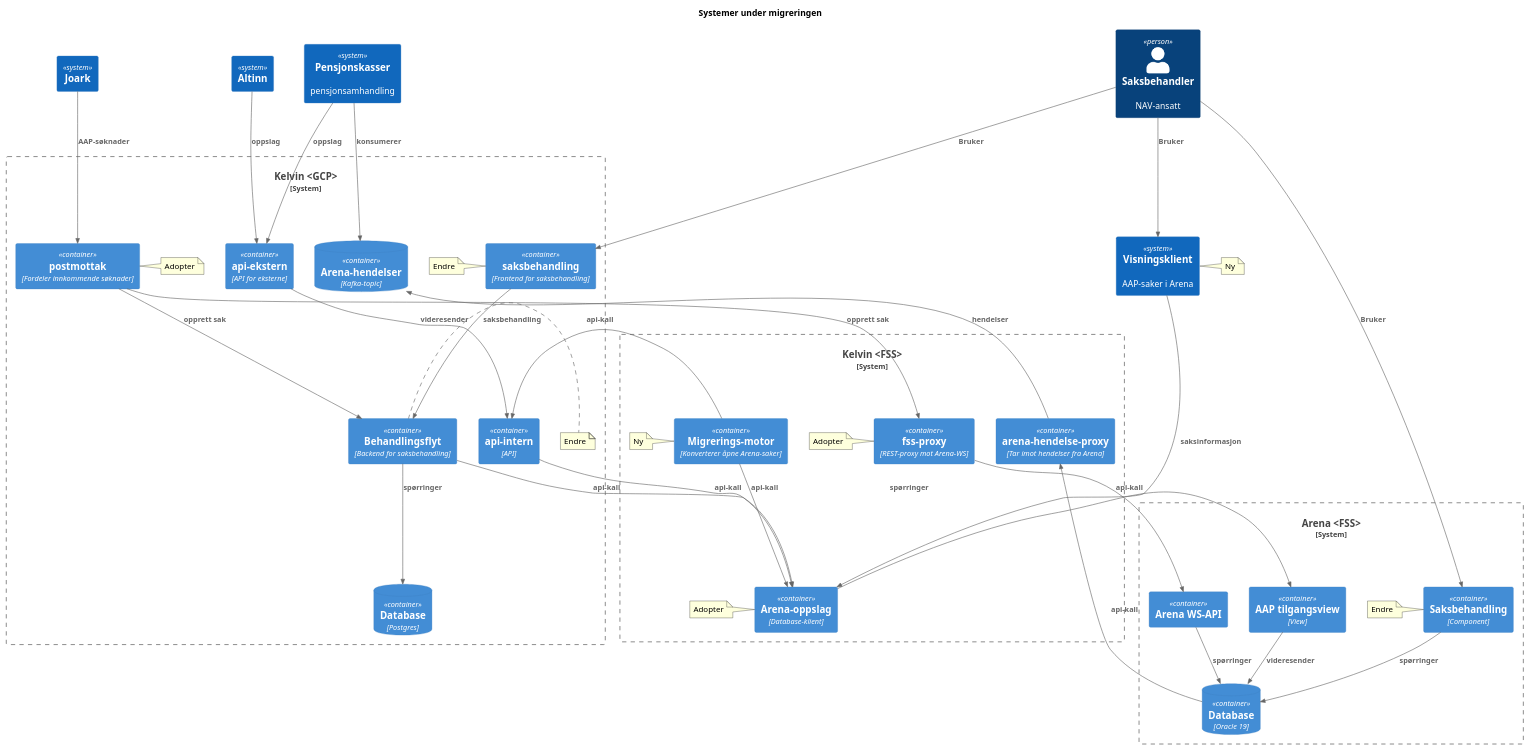
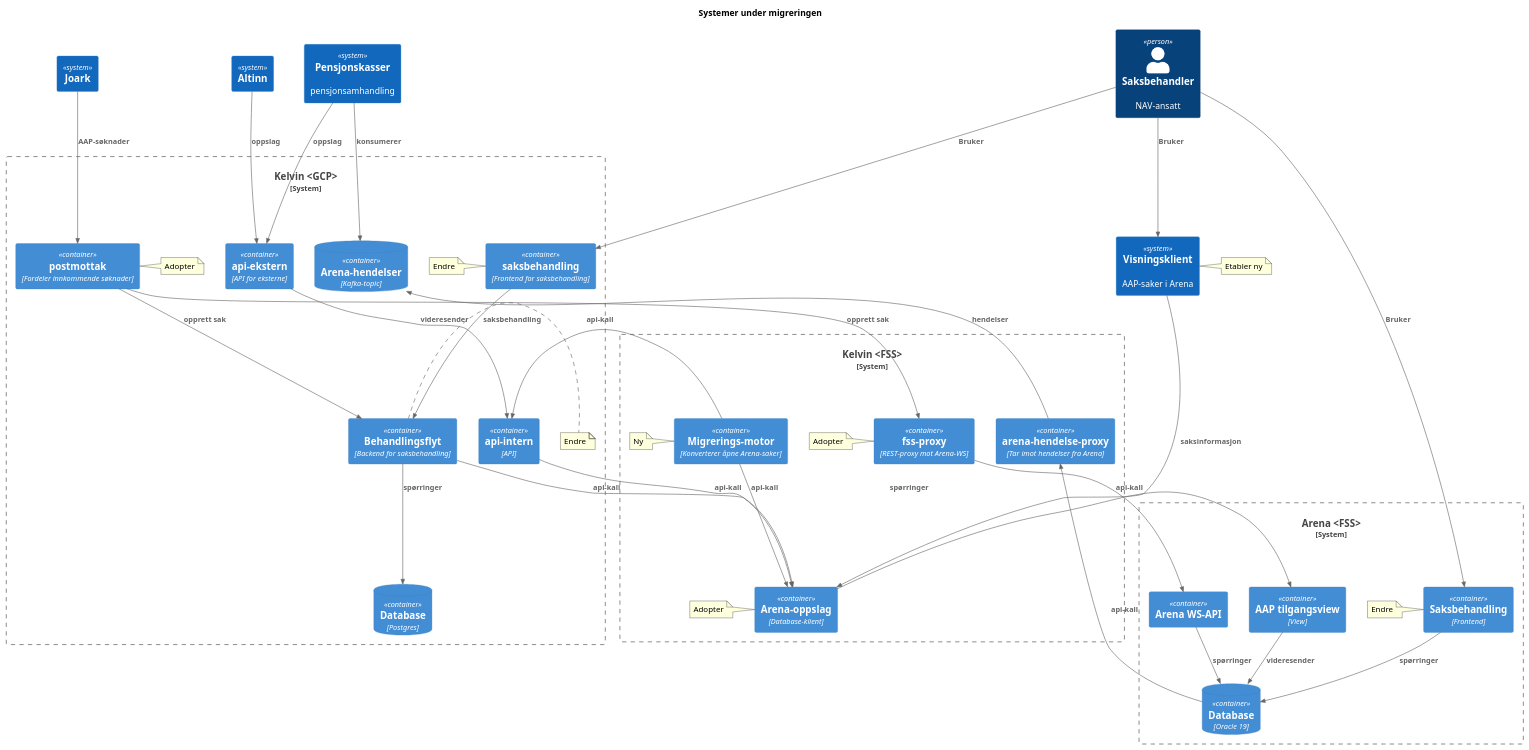
The diagram in docs/component_overview_during.plantuml (navikt/aap-arenaoppslag), drawn with PlantUML before and after one commit. The commit also changed 1 other file, not shown here.

Commit message:
doc: bedre tekst i diagram
[ci skip]

```diff
--- a/docs/component_overview_during.plantuml
+++ b/docs/component_overview_during.plantuml
@@ -1,81 +1,81 @@
 @startuml
 !include https://raw.githubusercontent.com/plantuml-stdlib/C4-PlantUML/master/C4_Container.puml
 title Systemer under migreringen
 
 System_Boundary(arena, "Arena <FSS>") {
     ContainerDb(arena_db, "Database", "Oracle 19")
     Container(aap_tilgangsview, "AAP tilgangsview", "View")
-    Container(saksbehandling_arena, "Saksbehandling", "Component")
+    Container(saksbehandling_arena, "Saksbehandling", "Frontend")
             note left of saksbehandling_arena : Endre
     Container(arena_ws_api, "Arena WS-API")
 
     Rel(aap_tilgangsview, arena_db, "videresender")
     Rel(arena_ws_api, arena_db, "spørringer")
     Rel(saksbehandling_arena, arena_db, "spørringer")
 
 }
 
 System_Boundary(kelvin, "Kelvin <GCP>") {
 
     Container(postmottak, "postmottak", "Fordeler innkommende søknader")
         note left of postmottak : Adopter
 
     Container(saksbehandling_kelvin, "saksbehandling", "Frontend for saksbehandling")
         note left of saksbehandling_kelvin : Endre
     Container(behandlingsflyt, "Behandlingsflyt", "Backend for saksbehandling")
         note right of behandlingsflyt : Endre
 
     Container(api_intern, "api-intern", "API")
     Container(api_ekstern, "api-ekstern", "API for eksterne")
 
     ContainerDb(kelvin_db, "Database", "Postgres")
     ContainerDb(arena_hendelse_topic, "Arena-hendelser", "Kafka-topic")
 
     Rel(api_ekstern, api_intern, "videresender")
     Rel(behandlingsflyt, kelvin_db, "spørringer")
     Rel(saksbehandling_kelvin, behandlingsflyt, "saksbehandling")
 }
 
 System_Boundary(kelvin_fss, "Kelvin <FSS>") {
     Container(arena_oppslag, "Arena-oppslag", "Database-klient")
         note left of arena_oppslag : Adopter
     Container(aap_fss_proxy, "fss-proxy", "REST-proxy mot Arena-WS")
             note left of aap_fss_proxy : Adopter
     Container(arena_hendelse_proxy, "arena-hendelse-proxy", "Tar imot hendelser fra Arena")
     Container(migrering, "Migrerings-motor", "Konverterer åpne Arena-saker")
         note left of migrering : Ny
 
     Rel(arena_oppslag, aap_tilgangsview, "spørringer")
 
     Rel(api_intern, arena_oppslag, "api-kall")
     Rel(postmottak, aap_fss_proxy, "opprett sak")
     Rel(postmottak, behandlingsflyt, "opprett sak")
 
 
     Rel(aap_fss_proxy, arena_ws_api, "api-kall")
     Rel(arena_db, arena_hendelse_proxy, "api-kall")
     Rel(arena_hendelse_proxy, arena_hendelse_topic, "hendelser")
     Rel(migrering, arena_oppslag, "api-kall")
     Rel(behandlingsflyt, arena_oppslag, "api-kall")
     Rel(migrering, api_intern, "api-kall")
 }
 
 System(joark, "Joark")
 System(altinn, "Altinn")
 System(pensjonkasser, "Pensjonskasser", "pensjonsamhandling")
 Rel(pensjonkasser, api_ekstern, "oppslag")
 Rel(pensjonkasser, arena_hendelse_topic, "konsumerer")
 Rel(joark, postmottak, "AAP-søknader")
 Rel(altinn, api_ekstern, "oppslag")
 
 System(visningsklient, "Visningsklient", "AAP-saker i Arena")
-note right of visningsklient : Ny
+note right of visningsklient : Etabler ny
 Rel(visningsklient, arena_oppslag, "saksinformasjon")
 
 Person(saksbehandler, "Saksbehandler", "NAV-ansatt")
 
 Rel(saksbehandler, saksbehandling_kelvin, "Bruker")
 Rel(saksbehandler, saksbehandling_arena, "Bruker")
 Rel(saksbehandler, visningsklient, "Bruker")
 
 @enduml
```
